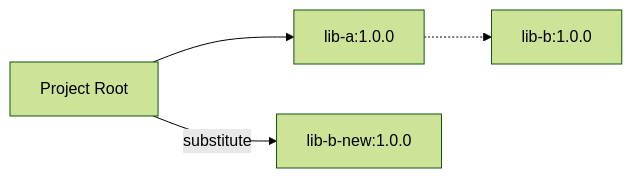
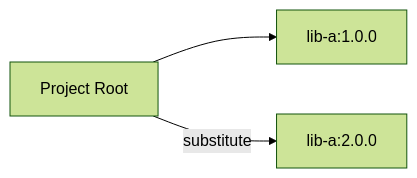
One commit to JavaDependencyHell/fieldguide changed the diagram in demos/gradle-demo/scenario-15-substitution/guide.qmd. Above: the diagram before and after it, drawn with Mermaid (forest theme). The commit also changed other lines of this file and 46 other files, not shown here.

````diff
--- a/demos/gradle-demo/scenario-15-substitution/guide.qmd
+++ b/demos/gradle-demo/scenario-15-substitution/guide.qmd
@@ -7,7 +7,6 @@
 ```{mermaid}
 %%| fig-width: 4.4
 graph LR
     Root[Project Root] --> LibA[lib-a:1.0.0]
-    LibA -.-> LibB[lib-b:1.0.0]
-    Root -- substitute --> LibB_New[lib-b-new:1.0.0]
+    Root -- substitute --> LibA_New[lib-a:2.0.0]
 ```
````
